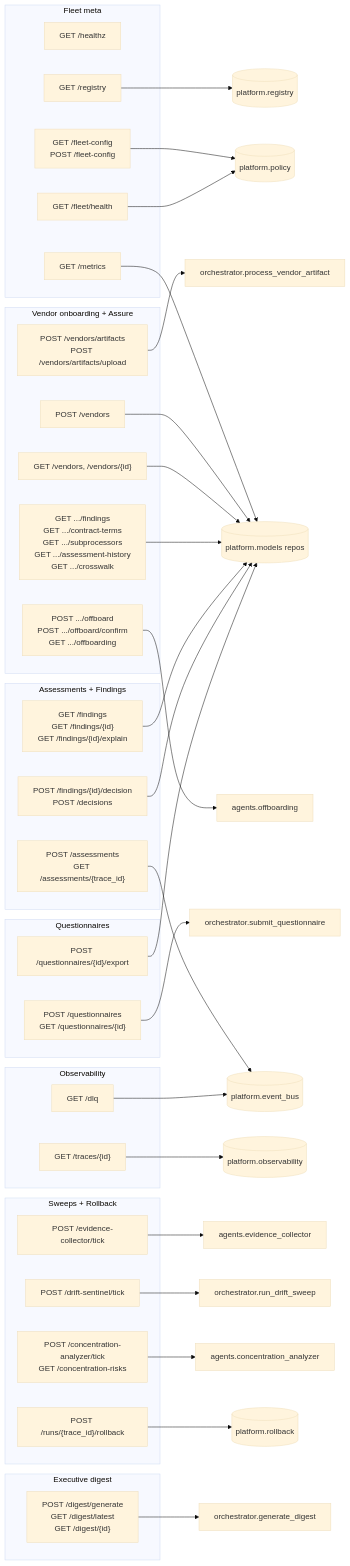
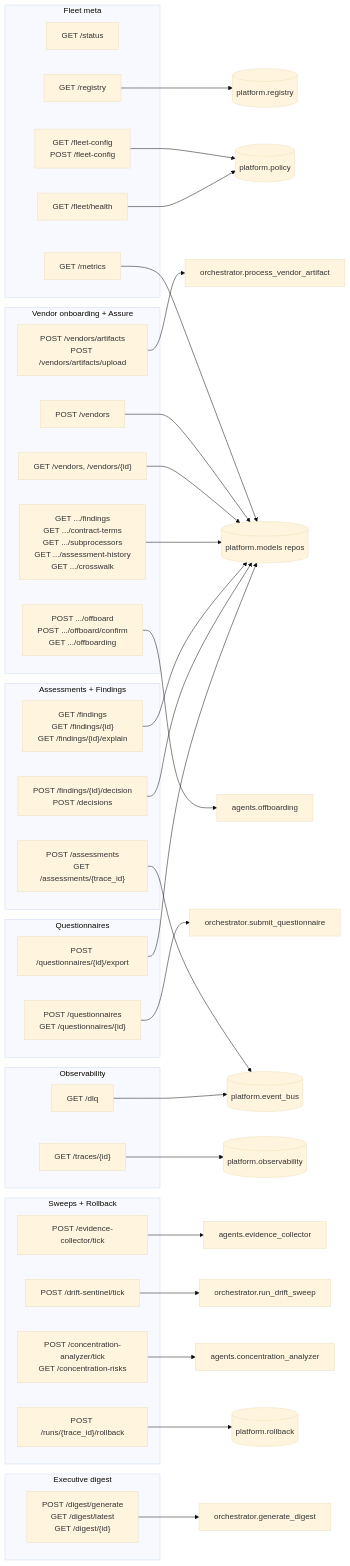
The fifth of 26 diagrams in docs/DIAGRAMS.md (akashtalole/BULWARK-Agents), drawn with Mermaid (base theme) before and after one commit. The commit also changed other lines of this file and 64 other files, not shown here.

````diff
--- a/docs/DIAGRAMS.md
+++ b/docs/DIAGRAMS.md
@@ -356,58 +356,58 @@
 ```mermaid
 flowchart LR
     subgraph Fleet["Fleet meta"]
-        R1["GET /healthz"]
+        R1["GET /status"]
         R2["GET /registry"]
         R3["GET /fleet-config\nPOST /fleet-config"]
         R4["GET /fleet/health"]
         R5["GET /metrics"]
     end
     subgraph Vendors["Vendor onboarding + Assure"]
         R6["POST /vendors"]
         R7["POST /vendors/artifacts\nPOST /vendors/artifacts/upload"]
         R8["GET /vendors, /vendors/{id}"]
         R9["GET .../findings\nGET .../contract-terms\nGET .../subprocessors\nGET .../assessment-history\nGET .../crosswalk"]
         R9b["POST .../offboard\nPOST .../offboard/confirm\nGET .../offboarding"]
     end
     subgraph Assess["Assessments + Findings"]
         R10["POST /assessments\nGET /assessments/{trace_id}"]
         R11["GET /findings\nGET /findings/{id}\nGET /findings/{id}/explain"]
         R12["POST /findings/{id}/decision\nPOST /decisions"]
     end
     subgraph Quest["Questionnaires"]
         R13["POST /questionnaires\nGET /questionnaires/{id}"]
         R14["POST /questionnaires/{id}/export"]
     end
     subgraph Sweeps["Sweeps + Rollback"]
         R15["POST /evidence-collector/tick"]
         R16["POST /drift-sentinel/tick"]
         R17["POST /concentration-analyzer/tick\nGET /concentration-risks"]
         R18["POST /runs/{trace_id}/rollback"]
     end
     subgraph Obs["Observability"]
         R19["GET /traces/{id}"]
         R20["GET /dlq"]
     end
     subgraph Digest["Executive digest"]
         R21["POST /digest/generate\nGET /digest/latest\nGET /digest/{id}"]
     end
 
     R2 --> REG[("platform.registry")]
     R3 --> POL[("platform.policy")]
     R4 --> POL
     R5 --> MODELS[("platform.models repos")]
     R6 & R8 & R9 --> MODELS
     R7 --> ORCH["orchestrator.process_vendor_artifact"]
     R9b --> OFF["agents.offboarding"]
     R10 --> BUS[("platform.event_bus")]
     R11 & R12 --> MODELS
     R13 --> ORCH2["orchestrator.submit_questionnaire"]
     R14 --> MODELS
     R15 --> EC["agents.evidence_collector"]
     R16 --> ORCH3["orchestrator.run_drift_sweep"]
     R17 --> CA["agents.concentration_analyzer"]
     R18 --> RB[("platform.rollback")]
     R19 --> AL[("platform.observability")]
     R20 --> BUS
     R21 --> ORCH4["orchestrator.generate_digest"]
 ```
````
